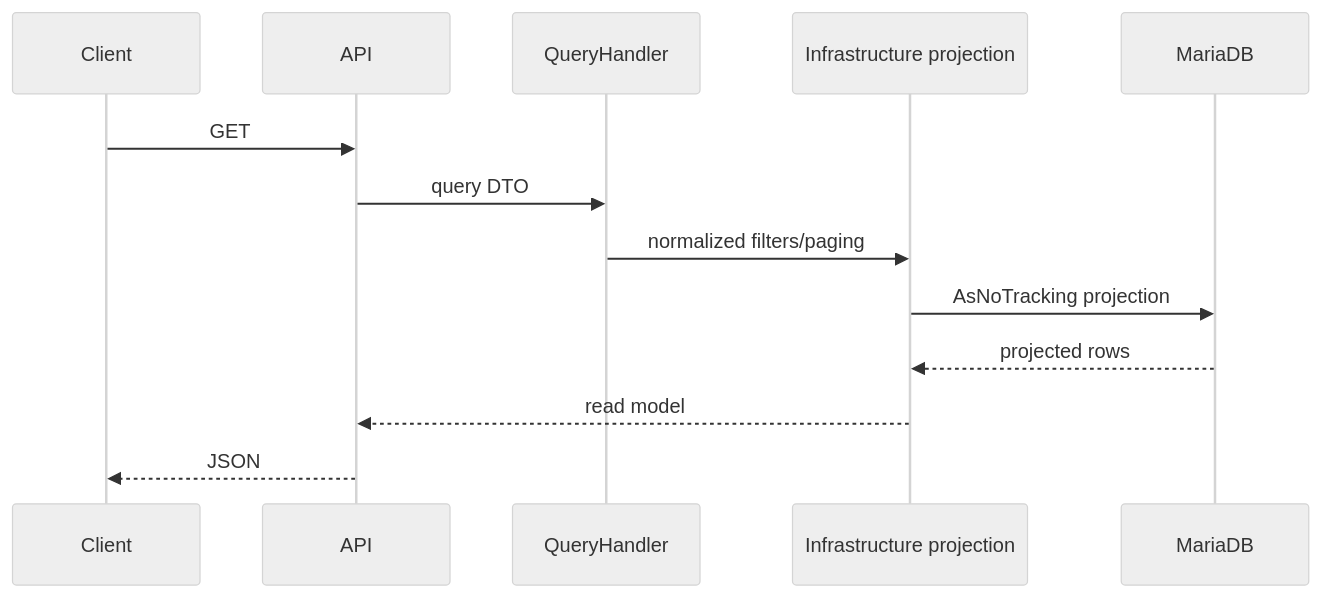
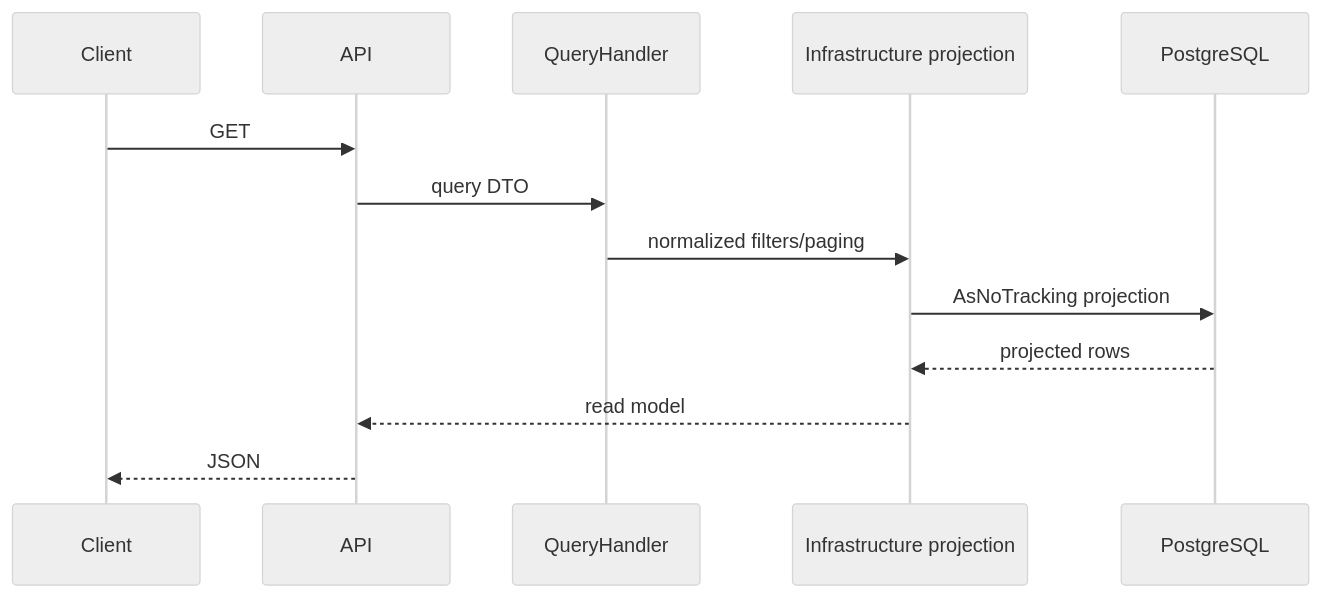
Before and after one commit to hhypest/TestApp: the third of 3 diagrams in docs/ARCHITECTURE.md, drawn with Mermaid (neutral theme). The commit also changed other lines of this file and 73 other files, not shown here.

Commit message:
Migrate persistence to PostgreSQL

````diff
--- a/docs/ARCHITECTURE.md
+++ b/docs/ARCHITECTURE.md
@@ -167,16 +167,16 @@
 ```mermaid
 sequenceDiagram
     participant Client
     participant API
     participant QueryHandler
     participant ReadQueries as Infrastructure projection
-    participant DB as MariaDB
+    participant DB as PostgreSQL
 
     Client->>API: GET
     API->>QueryHandler: query DTO
     QueryHandler->>ReadQueries: normalized filters/paging
     ReadQueries->>DB: AsNoTracking projection
     DB-->>ReadQueries: projected rows
     ReadQueries-->>API: read model
     API-->>Client: JSON
 ```
````
